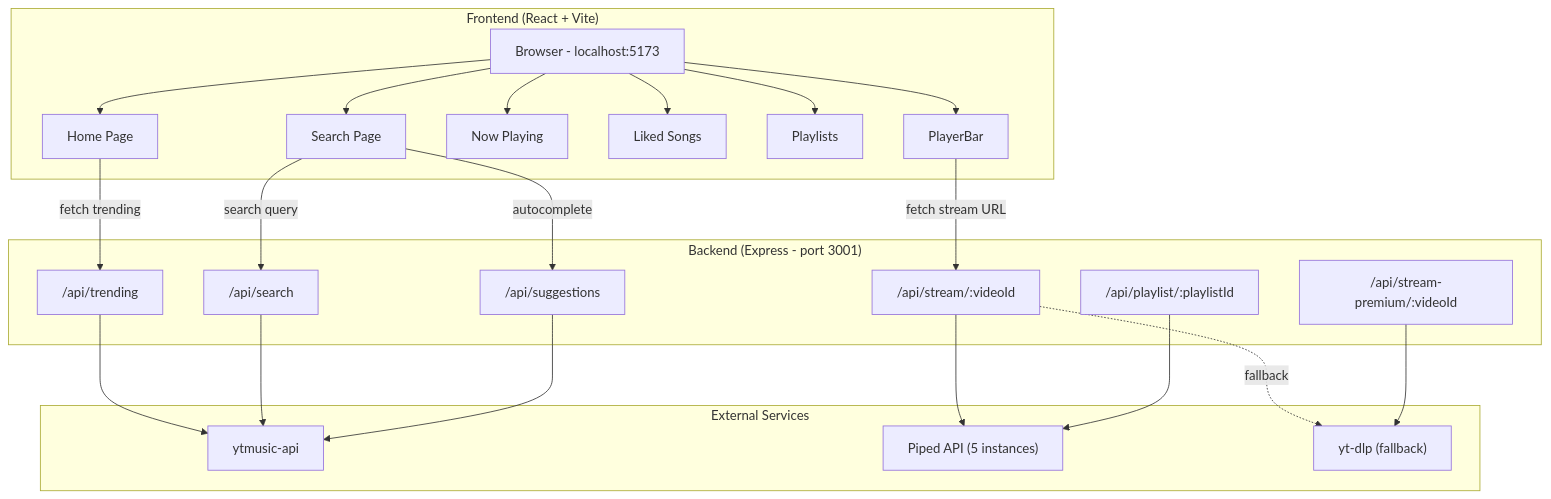
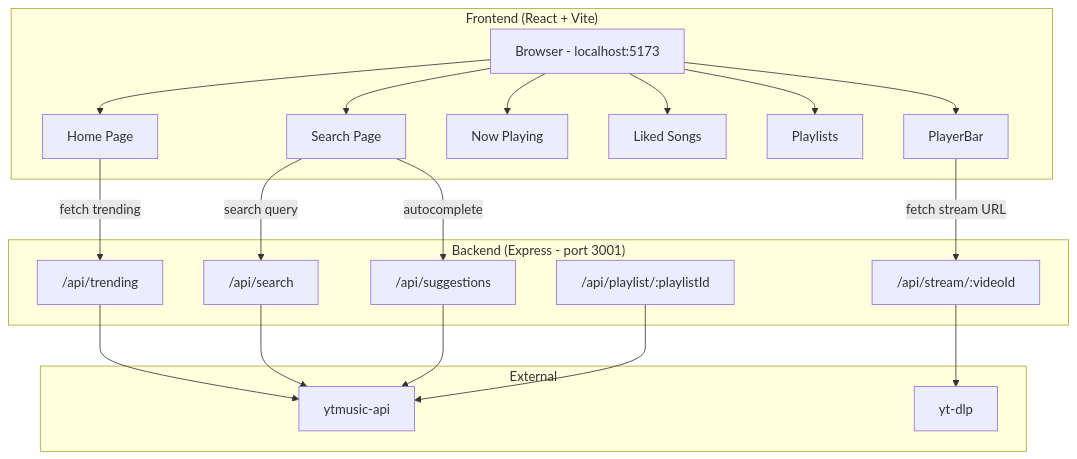
Before and after one commit to rahullxsharmaa/Music-Player: the first of 2 diagrams in README.md, drawn with Mermaid. The commit also changed other lines of this file and 15 other files, not shown here.

````diff
--- a/README.md
+++ b/README.md
@@ -7,40 +7,36 @@
 ```mermaid
 graph TD
     subgraph Frontend ["Frontend (React + Vite)"]
         A[Browser - localhost:5173]
         A --> B[Home Page]
         A --> C[Search Page]
         A --> D[Now Playing]
         A --> E[Liked Songs]
         A --> F[Playlists]
         A --> G[PlayerBar]
     end
 
     subgraph Backend ["Backend (Express - port 3001)"]
         H["/api/trending"]
         I["/api/search"]
         J["/api/suggestions"]
         K["/api/stream/:videoId"]
-        L["/api/stream-premium/:videoId"]
-        M["/api/playlist/:playlistId"]
+        L["/api/playlist/:playlistId"]
     end
 
-    subgraph External ["External Services"]
+    subgraph External ["External"]
         N["ytmusic-api"]
-        O["Piped API (5 instances)"]
-        P["yt-dlp (fallback)"]
+        P["yt-dlp"]
     end
 
     G -- fetch stream URL --> K
     B -- fetch trending --> H
     C -- search query --> I
     C -- autocomplete --> J
 
     H --> N
     I --> N
     J --> N
-    K --> O
-    K -. fallback .-> P
-    L --> P
-    M --> O
+    K --> P
+    L --> N
 ```
````
